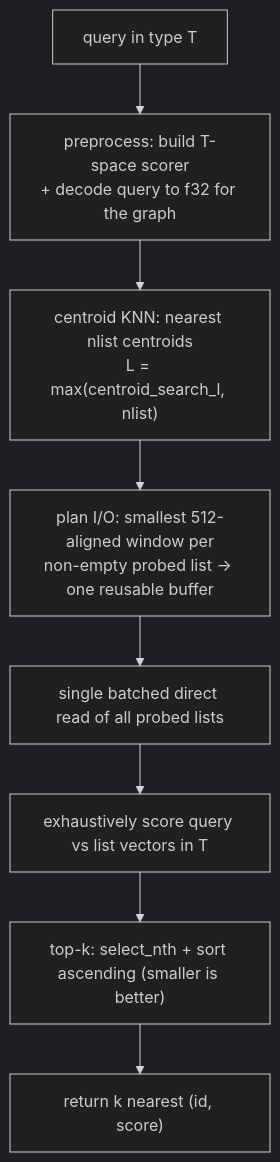
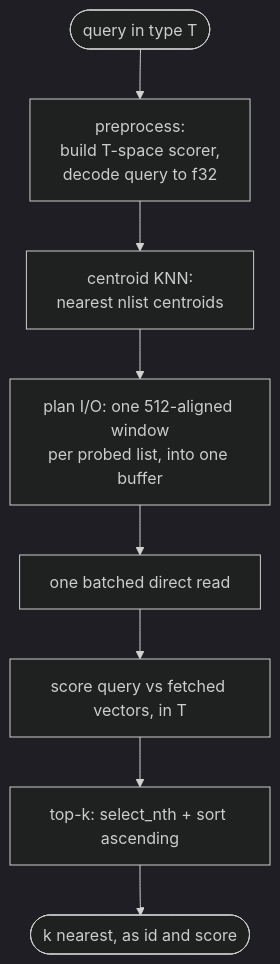
Before and after one commit to microsoft/DiskANN: the fourth of 4 diagrams in diskann-graphivf/ONLINE.md, drawn with Mermaid (dark theme). The commit also changed other lines of this file and 47 other files, not shown here.

First line of the commit message:
graph-ivf: run builds and sweeps through the benchmark harness

````diff
--- a/diskann-graphivf/ONLINE.md
+++ b/diskann-graphivf/ONLINE.md
@@ -267,10 +285,12 @@
 ```mermaid
 flowchart TD
-    Q[query in type T] --> P["preprocess: build T-space scorer<br/>+ decode query to f32 for the graph"]
-    P --> K["centroid KNN: nearest nlist centroids<br/>L = max(centroid_search_l, nlist)"]
-    K --> IO["plan I/O: smallest 512-aligned window per<br/>non-empty probed list → one reusable buffer"]
-    IO --> R[single batched direct read of all probed lists]
-    R --> SC[exhaustively score query vs list vectors in T]
-    SC --> TK["top-k: select_nth + sort ascending (smaller is better)"]
-    TK --> O["return k nearest (id, score)"]
+    Q(["query in type T"])
+    P["preprocess:<br/>build T-space scorer,<br/>decode query to f32"]
+    K["centroid KNN:<br/>nearest nlist centroids"]
+    IO["plan I/O: one 512-aligned window<br/>per probed list, into one buffer"]
+    R["one batched direct read"]
+    SC["score query vs fetched vectors, in T"]
+    TK["top-k: select_nth + sort ascending"]
+    O(["k nearest, as id and score"])
+    Q --> P --> K --> IO --> R --> SC --> TK --> O
 ```
````
